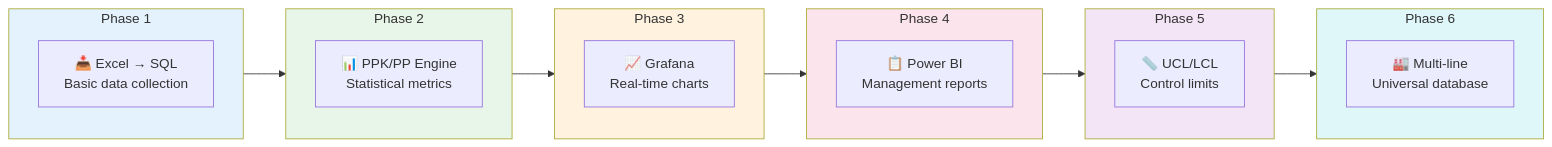
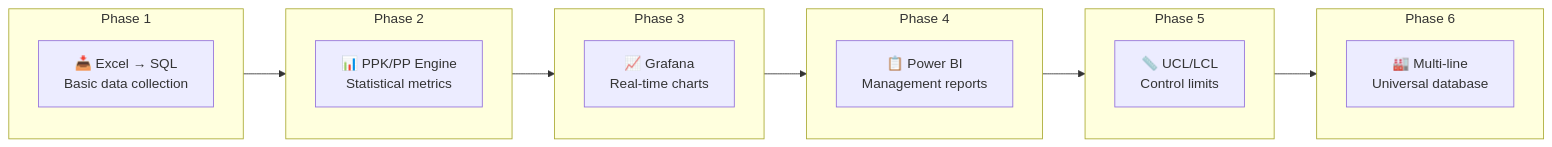
Before and after one commit to KSangmuang/SPC-Dashboard: the third of 12 diagrams in README.md, drawn with Mermaid. The commit also changed other lines of this file, not shown here.

````diff
--- a/README.md
+++ b/README.md
@@ -146,35 +139,28 @@
 ```mermaid
 flowchart LR
     subgraph P1["Phase 1"]
         A1[📥 Excel → SQL<br/>Basic data collection]
     end
     
     subgraph P2["Phase 2"]
         A2[📊 PPK/PP Engine<br/>Statistical metrics]
     end
     
     subgraph P3["Phase 3"]
         A3[📈 Grafana<br/>Real-time charts]
     end
     
     subgraph P4["Phase 4"]
         A4[📋 Power BI<br/>Management reports]
     end
     
     subgraph P5["Phase 5"]
         A5[📏 UCL/LCL<br/>Control limits]
     end
     
     subgraph P6["Phase 6"]
         A6[🏭 Multi-line<br/>Universal database]
     end
     
     P1 --> P2 --> P3 --> P4 --> P5 --> P6
-    
-    style P1 fill:#e3f2fd
-    style P2 fill:#e8f5e9
-    style P3 fill:#fff3e0
-    style P4 fill:#fce4ec
-    style P5 fill:#f3e5f5
-    style P6 fill:#e0f7fa
 ```
````
